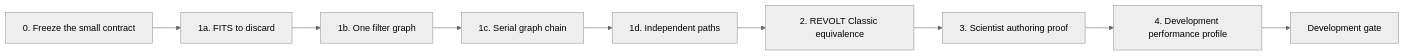
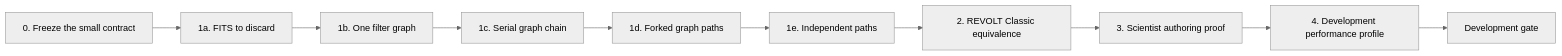
Before and after one commit to DarrylGamroth/pipewireao-rtc: the diagram in docs/roadmap.md, drawn with Mermaid (neutral theme). The commit also changed other lines of this file and 16 other files, not shown here.

Commit message:
feat: compose multi-graph RTC sessions

````diff
--- a/docs/roadmap.md
+++ b/docs/roadmap.md
@@ -42,15 +42,16 @@
 ```mermaid
 flowchart LR
     Contract["0. Freeze the small contract"]
     Transport["1a. FITS to discard"]
     Fixture["1b. One filter graph"]
     Chain["1c. Serial graph chain"]
-    Parallel["1d. Independent paths"]
+    Fork["1d. Forked graph paths"]
+    Parallel["1e. Independent paths"]
     Revolt["2. REVOLT Classic equivalence"]
     Authoring["3. Scientist authoring proof"]
     Profile["4. Development performance profile"]
     Gate["Development gate"]
 
-    Contract --> Transport --> Fixture --> Chain --> Parallel
+    Contract --> Transport --> Fixture --> Chain --> Fork --> Parallel
     Parallel --> Revolt --> Authoring --> Profile --> Gate
 ```
````
